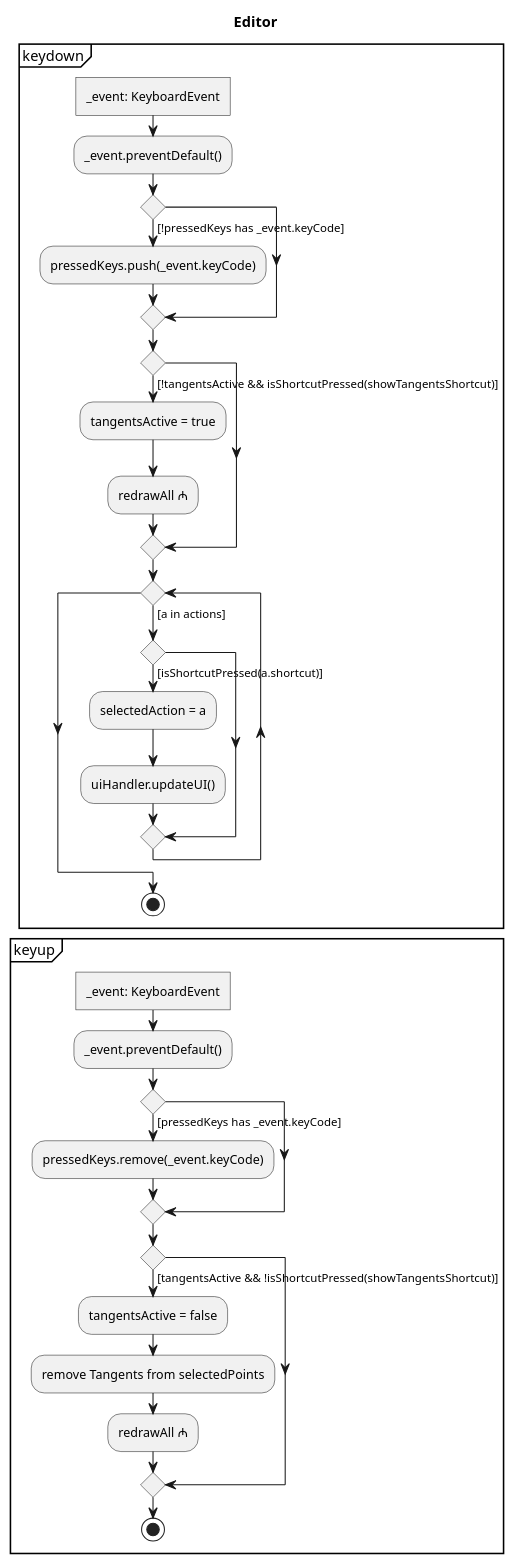
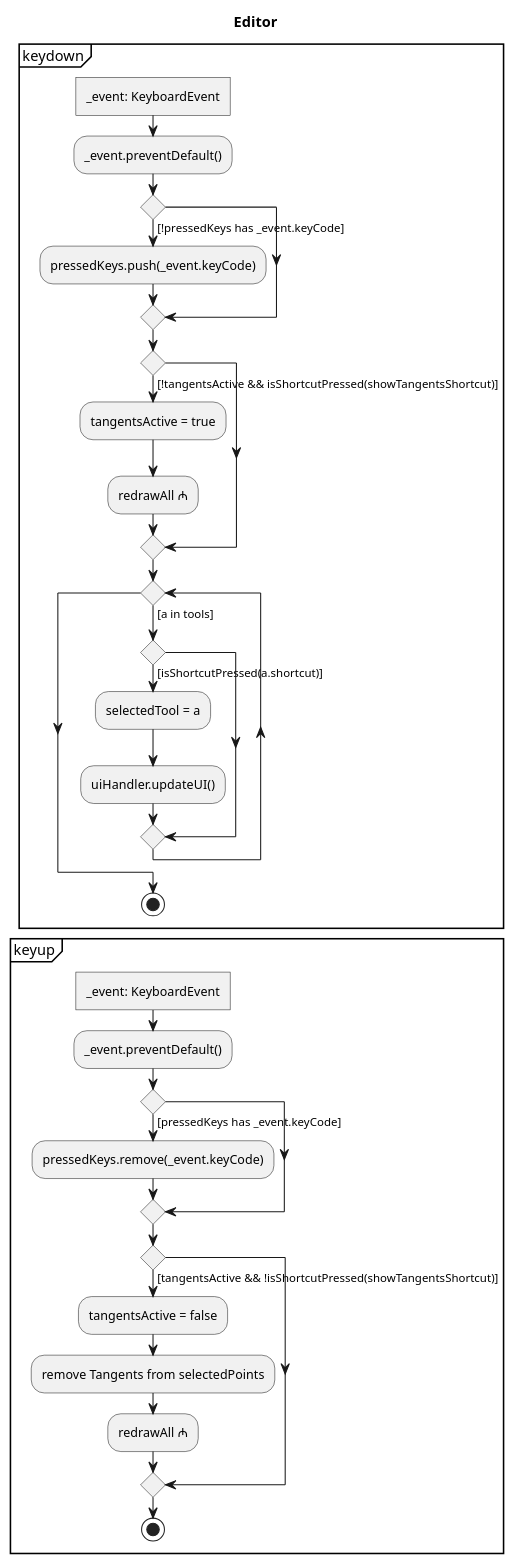
One commit to JirkaDellOro/FUDGE changed the diagram in Experiments/Lukas/VectorEditor/concept/Activities/Editor/keyManagement.puml. Above: the diagram before and after it, drawn with PlantUML. The commit also changed 45 other files, not shown here.

```diff
--- a/Experiments/Lukas/VectorEditor/concept/Activities/Editor/keyManagement.puml
+++ b/Experiments/Lukas/VectorEditor/concept/Activities/Editor/keyManagement.puml
@@ -1,41 +1,41 @@
 @startuml key Management
 skinparam monochrome true
 title Editor
 
 partition keydown {
 	:_event: KeyboardEvent]
 	:_event.preventDefault();
 	if() then ([!pressedKeys has _event.keyCode])
 		:pressedKeys.push(_event.keyCode);
 	endif
 
 	if() then ([!tangentsActive && isShortcutPressed(showTangentsShortcut)])
 		:tangentsActive = true;
 		:redrawAll ₼;
 	endif
 
-	while () is ([a in actions])
+	while () is ([a in tools])
 		if() then ([isShortcutPressed(a.shortcut)])
-			:selectedAction = a;
+			:selectedTool = a;
 			:uiHandler.updateUI();
 		endif
 	endwhile
 	stop 
 }
 break
 
 partition keyup {
 	:_event: KeyboardEvent]
 	:_event.preventDefault();
 	if() then ([pressedKeys has _event.keyCode])
 		:pressedKeys.remove(_event.keyCode);
 	endif
 	if() then ([tangentsActive && !isShortcutPressed(showTangentsShortcut)])
 		:tangentsActive = false;
 		:remove Tangents from selectedPoints;
 		:redrawAll ₼;
 	endif
 	stop
 }
 
 @enduml
```
